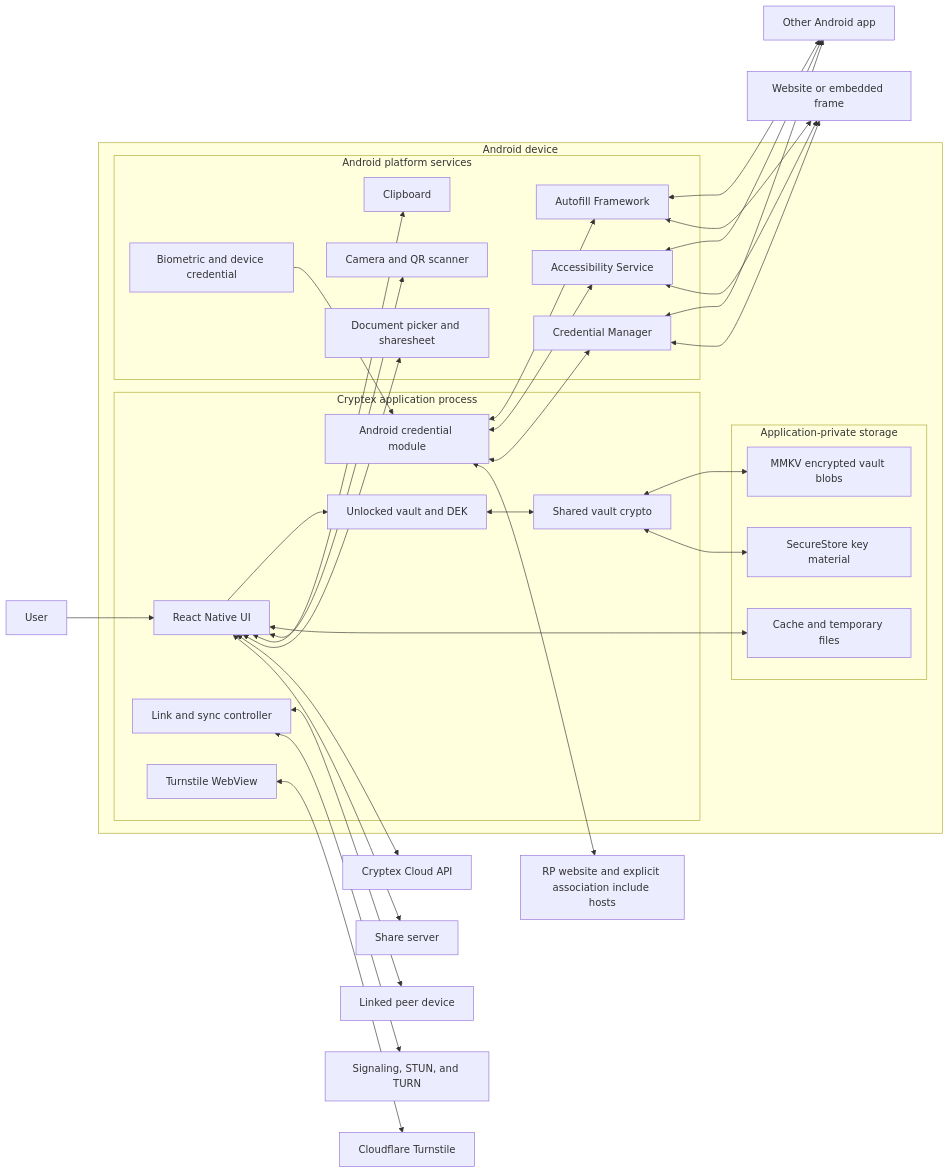
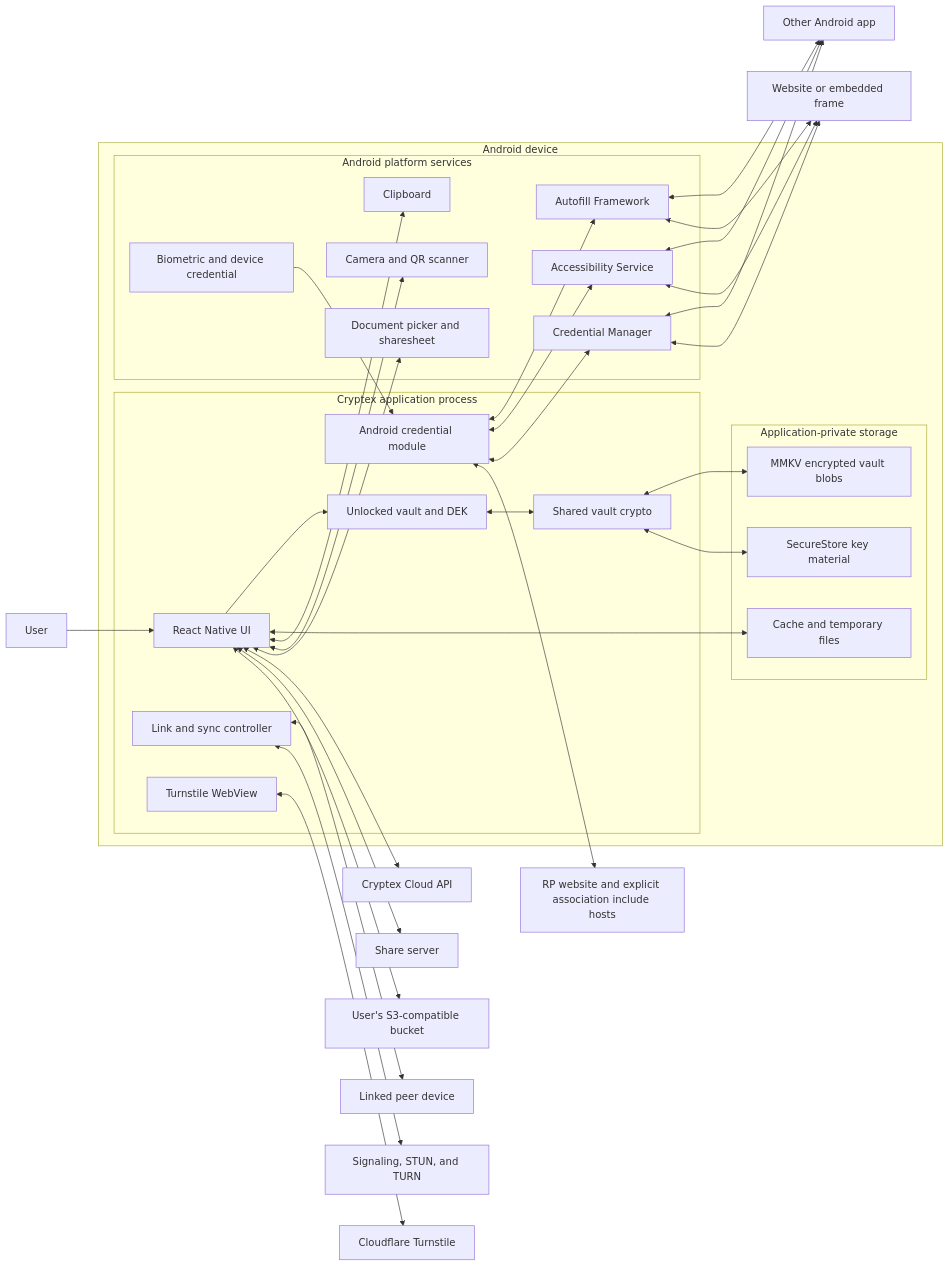
One commit to CryptexIndustries/vault-web changed the diagram in mobile/threat-model.md. Above: the diagram before and after it, drawn with Mermaid. The commit also changed other lines of this file and 83 other files, not shown here.

````diff
--- a/mobile/threat-model.md
+++ b/mobile/threat-model.md
@@ -111,65 +111,67 @@
 ```mermaid
 flowchart LR
     User[User]
     WebPage[Website or embedded frame]
     OtherApp[Other Android app]
     Peer[Linked peer device]
     Cloud[Cryptex Cloud API]
     Signal[Signaling, STUN, and TURN]
     Associations[RP website and explicit association include hosts]
     Turnstile[Cloudflare Turnstile]
     ShareServer[Share server]
+    Bucket[User's S3-compatible bucket]
 
     subgraph Device[Android device]
         subgraph App[Cryptex application process]
             UI[React Native UI]
             Session[Unlocked vault and DEK]
             Crypto[Shared vault crypto]
             Sync[Link and sync controller]
             WebView[Turnstile WebView]
             Native[Android credential module]
         end
 
         subgraph Stores[Application-private storage]
             MMKV[MMKV encrypted vault blobs]
             Secure[SecureStore key material]
             Cache[Cache and temporary files]
         end
 
         subgraph Platform[Android platform services]
             Autofill[Autofill Framework]
             Access[Accessibility Service]
             CredMan[Credential Manager]
             Bio[Biometric and device credential]
             Clipboard[Clipboard]
             Camera[Camera and QR scanner]
             Share[Document picker and sharesheet]
         end
     end
 
     User --> UI
     UI --> Session
     Session <--> Crypto
     Crypto <--> MMKV
     Crypto <--> Secure
     UI <--> Cache
     UI <--> Clipboard
     UI <--> Camera
     UI <--> Share
     Bio --> Native
     Native <--> Autofill
     Native <--> Access
     Native <--> CredMan
     Autofill <--> OtherApp
     Autofill <--> WebPage
     Access <--> OtherApp
     Access <--> WebPage
     CredMan <--> OtherApp
     CredMan <--> WebPage
     Sync <--> Peer
     Sync <--> Signal
     UI <--> Cloud
     WebView <--> Turnstile
     UI <--> ShareServer
+    UI <--> Bucket
     Native <--> Associations
 ```
````
